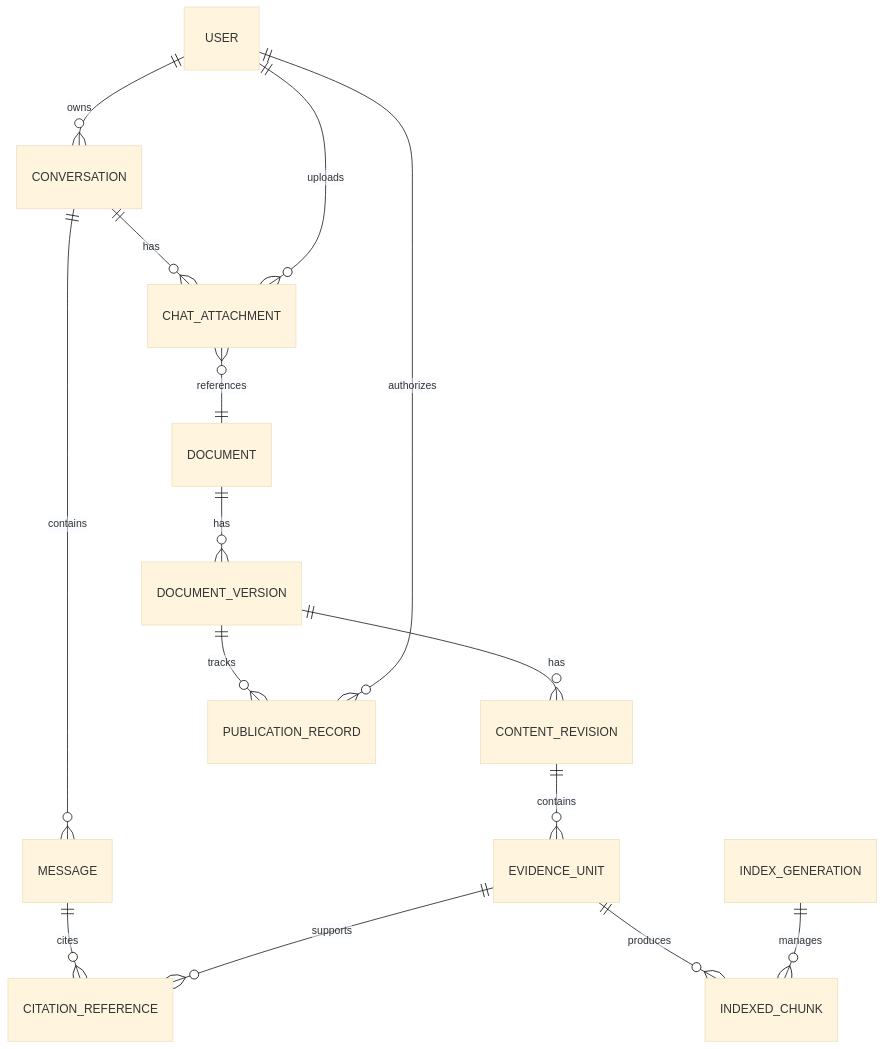
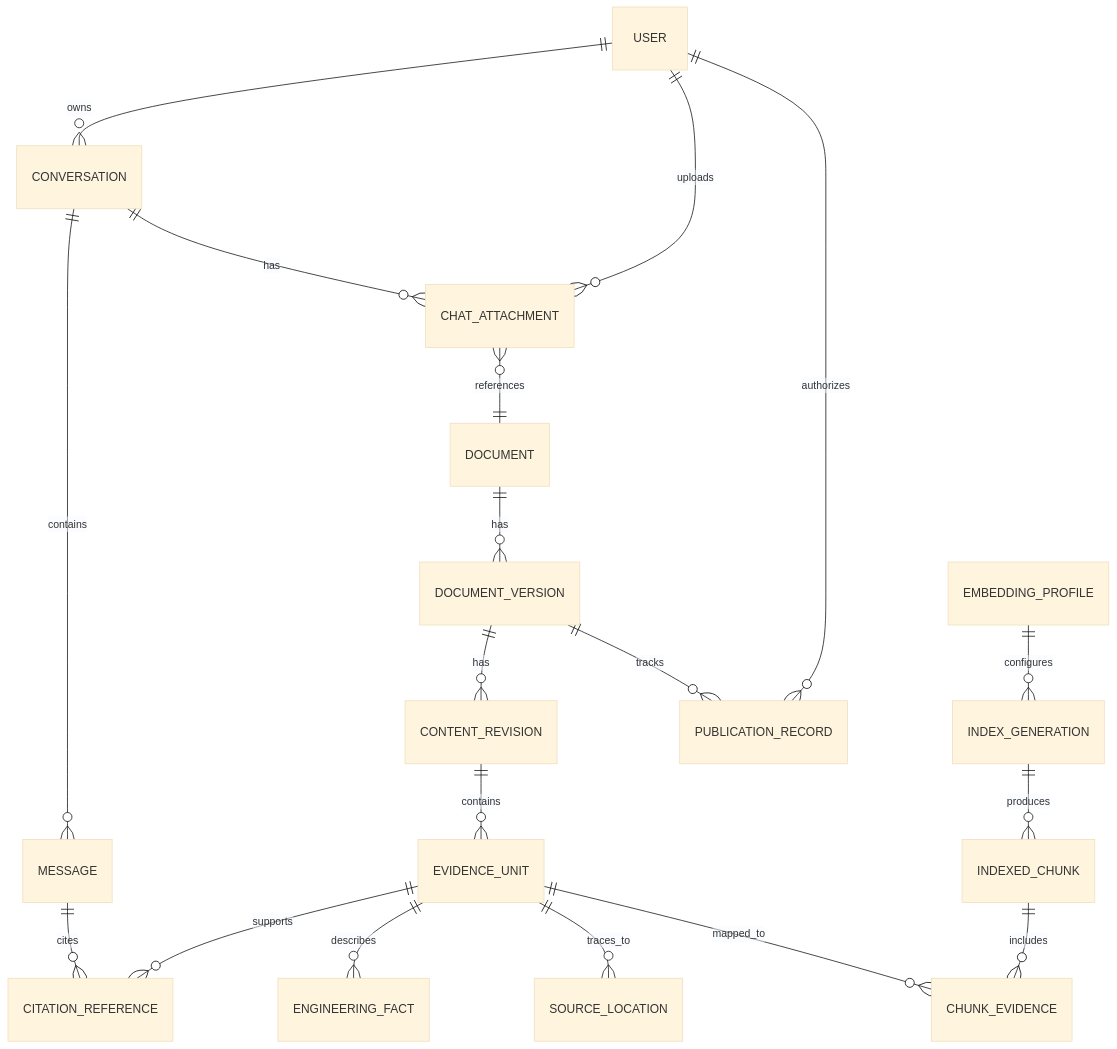
Before and after one commit to jannHds/EngiRAG: the diagram in docs/architecture/initial_erd.md, drawn with Mermaid (base theme). The commit also changed other lines of this file and 3 other files, not shown here.

````diff
--- a/docs/architecture/initial_erd.md
+++ b/docs/architecture/initial_erd.md
@@ -7,22 +7,28 @@
 ```mermaid
 erDiagram
     USER ||--o{ CONVERSATION : owns
     CONVERSATION ||--o{ MESSAGE : contains
     CONVERSATION ||--o{ CHAT_ATTACHMENT : has
     USER ||--o{ CHAT_ATTACHMENT : uploads
 
     DOCUMENT ||--o{ DOCUMENT_VERSION : has
     CHAT_ATTACHMENT }o--|| DOCUMENT : references
 
     DOCUMENT_VERSION ||--o{ CONTENT_REVISION : has
     CONTENT_REVISION ||--o{ EVIDENCE_UNIT : contains
 
-    EVIDENCE_UNIT ||--o{ INDEXED_CHUNK : produces
-    INDEX_GENERATION ||--o{ INDEXED_CHUNK : manages
+    EVIDENCE_UNIT ||--o{ ENGINEERING_FACT : describes
+    EVIDENCE_UNIT ||--o{ SOURCE_LOCATION : traces_to
+
+    EVIDENCE_UNIT ||--o{ CHUNK_EVIDENCE : mapped_to
+    INDEXED_CHUNK ||--o{ CHUNK_EVIDENCE : includes
+
+    EMBEDDING_PROFILE ||--o{ INDEX_GENERATION : configures
+    INDEX_GENERATION ||--o{ INDEXED_CHUNK : produces
 
     MESSAGE ||--o{ CITATION_REFERENCE : cites
     EVIDENCE_UNIT ||--o{ CITATION_REFERENCE : supports
 
     DOCUMENT_VERSION ||--o{ PUBLICATION_RECORD : tracks
     USER ||--o{ PUBLICATION_RECORD : authorizes
 ```
````
